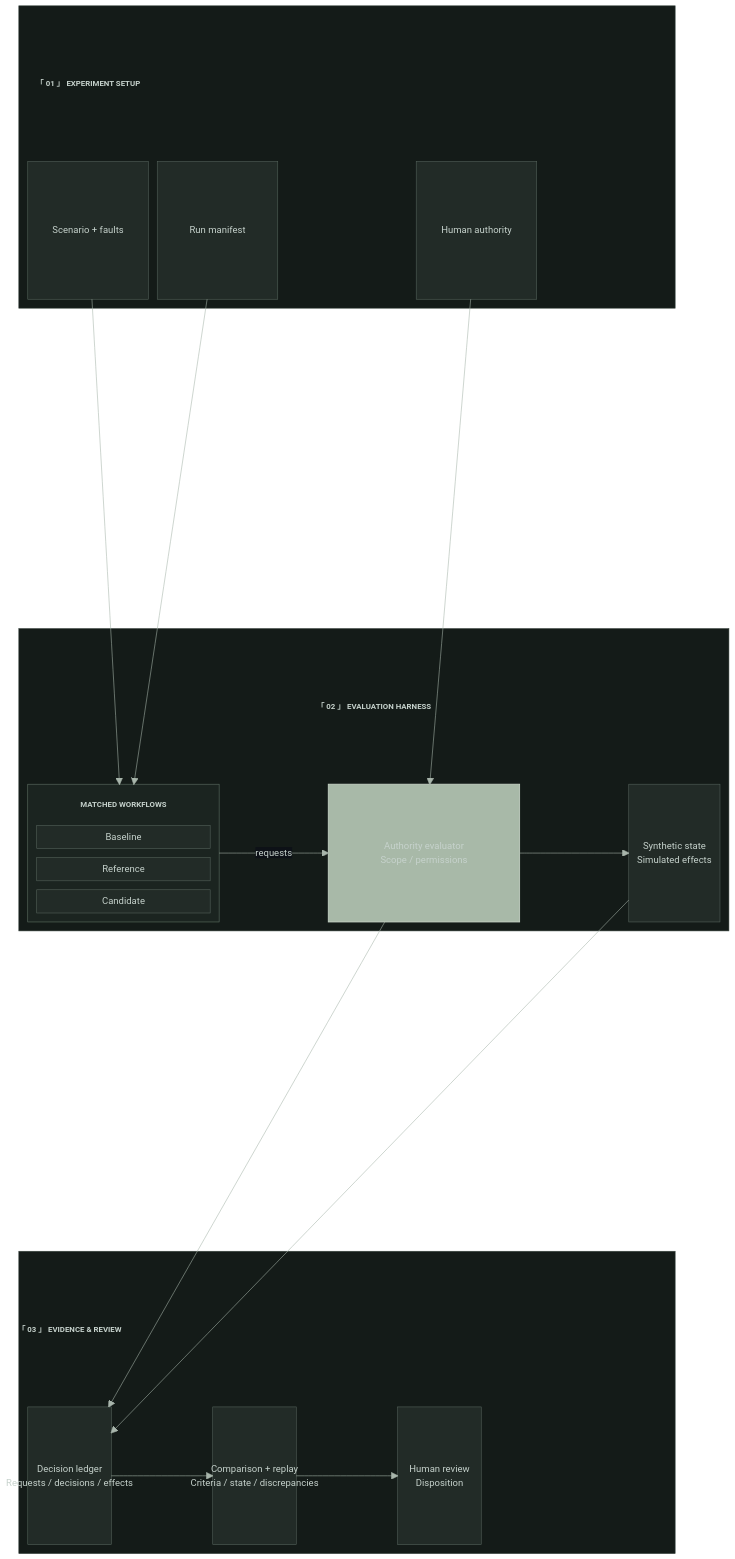
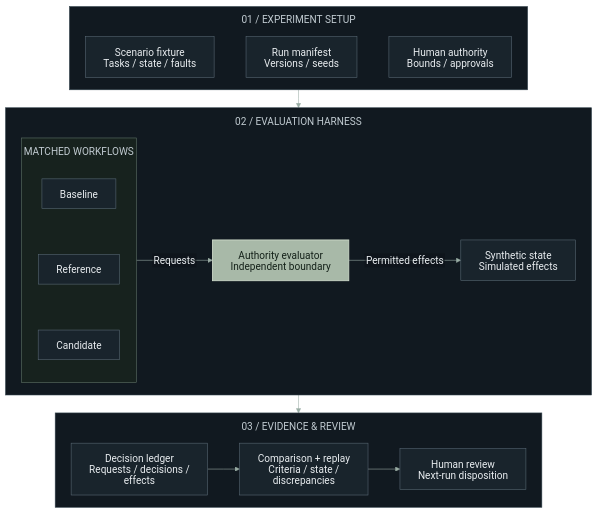
Before and after one commit to endrhq/.github: the diagram in README.md, drawn with Mermaid. The commit also changed 1 other file, not shown here.

Commit message:
Use contained layers with stable native layout

````diff
--- a/README.md
+++ b/README.md
@@ -19,55 +19,35 @@
 ```mermaid
-%%{init: {"theme":"base","themeVariables":{"fontFamily":"Arial, Helvetica, sans-serif","fontSize":"17px","primaryColor":"#222b27","primaryTextColor":"#eeeee7","primaryBorderColor":"#55635b","lineColor":"#a8b5ab","edgeLabelBackground":"#0d1117"},"block":{"padding":16}}}%%
-block-beta
-    columns 1
-    block:SETUP
-        columns 5
-        SETUP_TITLE["「 01 」 EXPERIMENT SETUP"]:5
-        SCENARIO["Scenario + faults"] MANIFEST["Run manifest"] space AUTHORITY["Human authority"]:2
-    end
-    space
-    block:HARNESS
-        columns 7
-        HARNESS_TITLE["「 02 」 EVALUATION HARNESS"]:7
-        block:WORKFLOWS:2
-            columns 1
-            WF_TITLE["MATCHED WORKFLOWS"]
-            BASELINE["Baseline"]
-            REFERENCE["Reference"]
-            CANDIDATE["Candidate"]
-        end
-        space
-        EVALUATOR["Authority evaluator<br/>Scope / permissions"]:2
-        space
-        STATE["Synthetic state<br/>Simulated effects"]
-    end
-    space
-    block:EVIDENCE
-        columns 7
-        EVIDENCE_TITLE["「 03 」 EVIDENCE & REVIEW"]:7
-        LEDGER["Decision ledger<br/>Requests / decisions / effects"]:2
-        space
-        ANALYSIS["Comparison + replay<br/>Criteria / state / discrepancies"]:2
-        space
-        REVIEW["Human review<br/>Disposition"]
+%%{init: {"theme":"base","themeVariables":{"fontFamily":"Arial, Helvetica, sans-serif","fontSize":"18px","primaryColor":"#19242c","primaryTextColor":"#e9edf0","primaryBorderColor":"#5a6a76","lineColor":"#9aada5","clusterBkg":"#111920","clusterBorder":"#384852","titleColor":"#c2ccd2","edgeLabelBackground":"#0d1117"},"htmlLabels":false,"flowchart":{"htmlLabels":false,"curve":"stepAfter","nodeSpacing":24,"rankSpacing":32,"padding":16,"subGraphTitleMargin":{"top":12,"bottom":20}}}}%%
+flowchart TB
+    accTitle: endr — Systems research architecture
+    accDescr: Three layers show experiment setup, the evaluation harness, and evidence with human review. Matched workflows operate within independently evaluated human authority. Synthetic requests, decisions, and observed effects feed comparison and replay.
+
+    subgraph SETUP["01 / EXPERIMENT SETUP"]
+        direction LR
+        SCENARIO["Scenario fixture<br/>Tasks / state / faults"] ~~~ MANIFEST["Run manifest<br/>Versions / seeds"] ~~~ AUTHORITY["Human authority<br/>Bounds / approvals"]
     end
 
-    SCENARIO --> WORKFLOWS
-    MANIFEST --> WORKFLOWS
-    AUTHORITY --> EVALUATOR
-    WORKFLOWS -- "requests" --> EVALUATOR
-    EVALUATOR --> STATE
-    EVALUATOR --> LEDGER
-    STATE --> LEDGER
-    LEDGER --> ANALYSIS
-    ANALYSIS --> REVIEW
+    subgraph HARNESS["02 / EVALUATION HARNESS"]
+        direction LR
+        subgraph WORKFLOWS["MATCHED WORKFLOWS"]
+            direction TB
+            BASELINE["Baseline"] ~~~ REFERENCE["Reference"] ~~~ CANDIDATE["Candidate"]
+        end
+        EVALUATOR["Authority evaluator<br/>Independent boundary"]
+        STATE["Synthetic state<br/>Simulated effects"]
+        WORKFLOWS -->|Requests| EVALUATOR
+        EVALUATOR -->|Permitted effects| STATE
+    end
 
-    classDef layer fill:#141b18,stroke:#3b4740,stroke-width:1px
-    classDef heading fill:transparent,stroke:transparent,color:#b8c7bb,font-size:14px,font-weight:600
-    classDef boundary fill:#a8b9a8,stroke:#c8d5c7,color:#18221b,stroke-width:1.5px
-    classDef workflows fill:#1b2420,stroke:#627467
-    class SETUP,HARNESS,EVIDENCE layer
-    class SETUP_TITLE,HARNESS_TITLE,EVIDENCE_TITLE,WF_TITLE heading
+    subgraph EVIDENCE["03 / EVIDENCE & REVIEW"]
+        direction LR
+        LEDGER["Decision ledger<br/>Requests / decisions / effects"] --> ANALYSIS["Comparison + replay<br/>Criteria / state / discrepancies"] --> REVIEW["Human review<br/>Next-run disposition"]
+    end
+
+    SETUP --> HARNESS
+    HARNESS --> EVIDENCE
+
+    classDef boundary fill:#a8b9a8,stroke:#cfdbcb,color:#142119,stroke-width:1.5px
     class EVALUATOR boundary
-    class WORKFLOWS workflows
+    style WORKFLOWS fill:#17221e,stroke:#62756a,color:#c8d6cc
 ```
````
